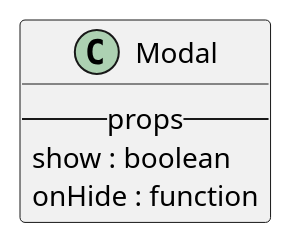
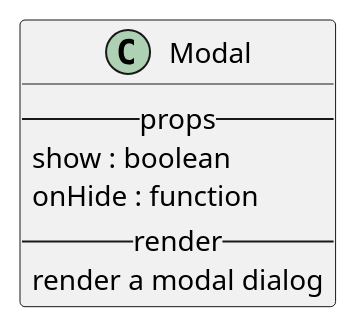
One commit to M9k/Marvin-Uml changed the diagram in react/bootstrap/modal.iuml. Above: the diagram before and after it, drawn with PlantUML. The commit also changed 10 other files, not shown here.

```diff
--- a/react/bootstrap/modal.iuml
+++ b/react/bootstrap/modal.iuml
@@ -1,5 +1,7 @@
 class Modal {
     --props--
         show : boolean
         onHide : function
+    --render--
+        render a modal dialog
 }
```
